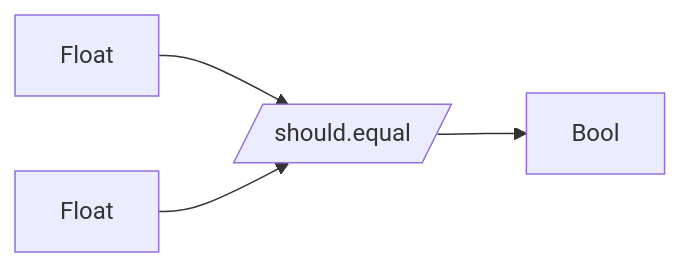
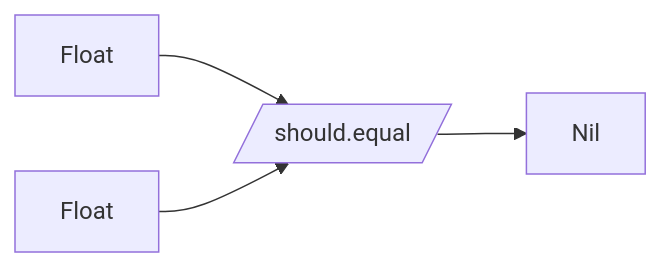
The third of 4 diagrams in content/posts/types-and-tests.md (tacoda/tacoda.github.io), drawn with Mermaid before and after one commit. The commit also changed other lines of this file, not shown here.

````diff
--- a/content/posts/types-and-tests.md
+++ b/content/posts/types-and-tests.md
@@ -390,4 +408,4 @@
 ```mermaid
 flowchart LR
-  Expected[Float] & Actual[Float] --> should_equal[/should.equal/] --> Bool
+  Expected[Float] & Actual[Float] --> should_equal[/should.equal/] --> Nil
 ```
````
